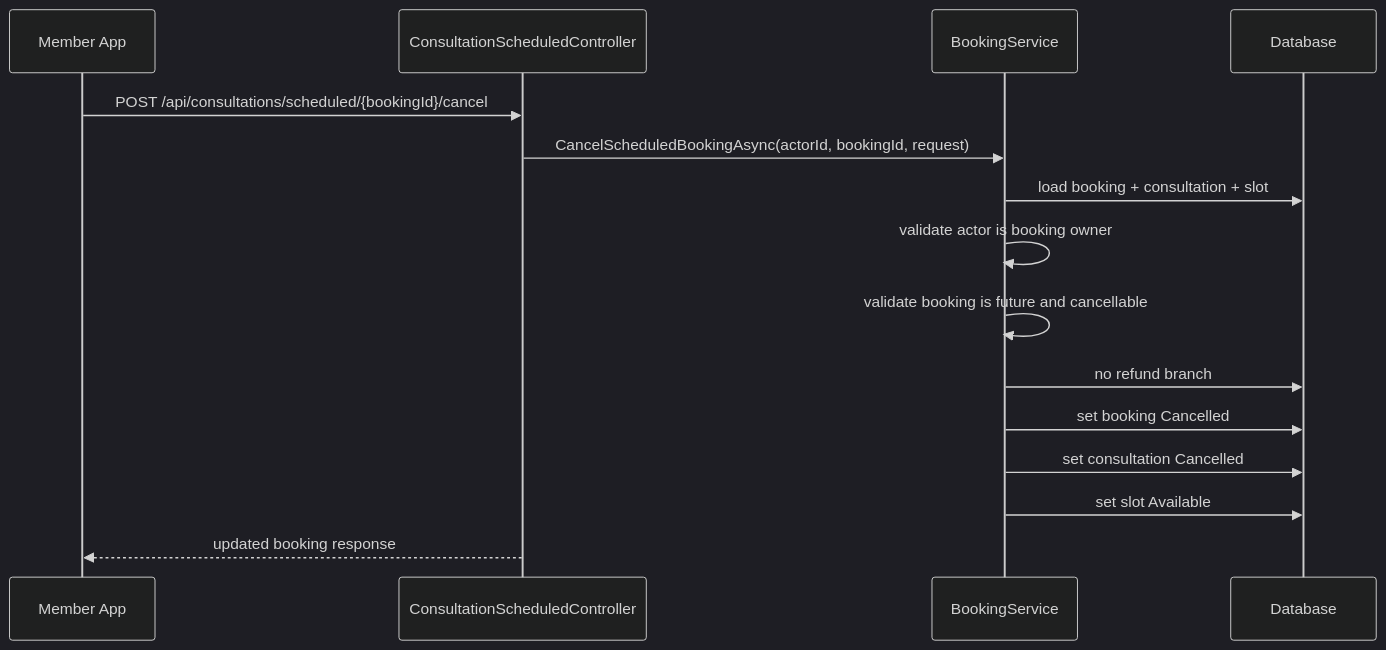
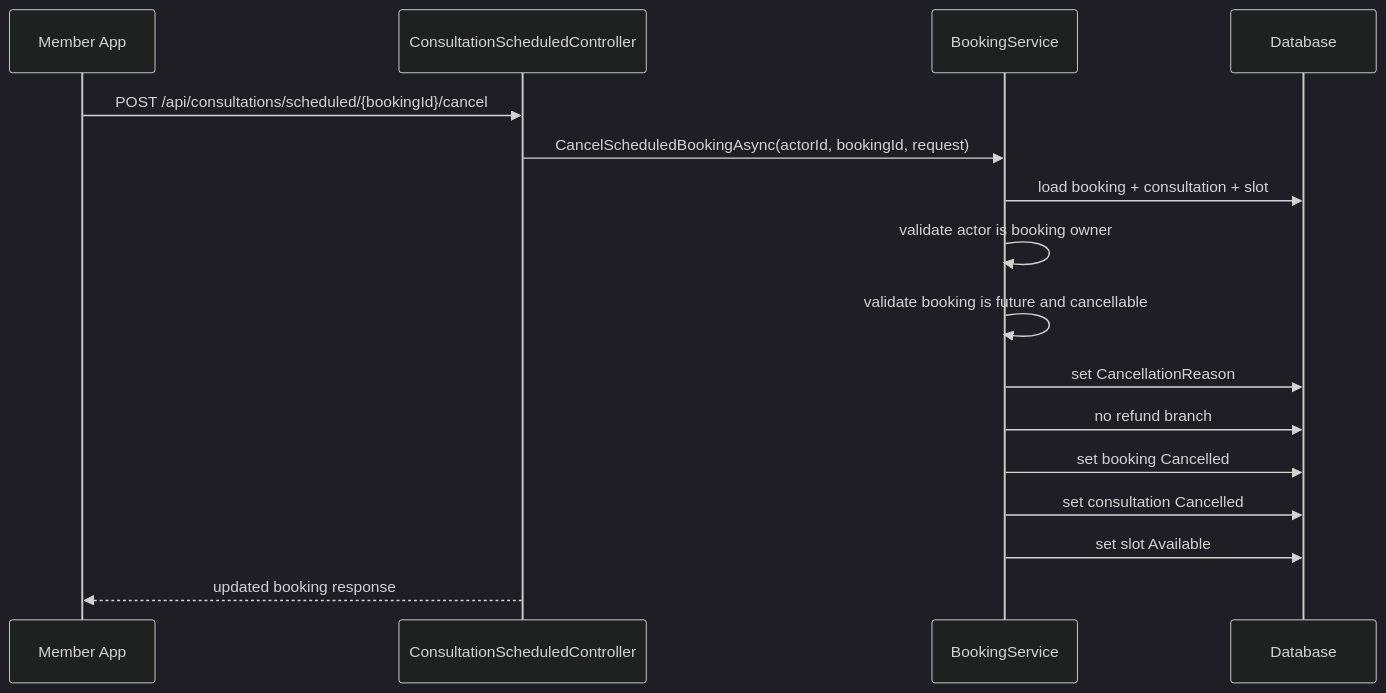
One commit to Snake-AID/SnakeAid.Docs changed the fifth of 5 diagrams in Docs/05-Backend/02-layers/scheduled-booking-cancel/scheduled-booking-cancel.sourcecode.md. Above: the diagram before and after it, drawn with Mermaid (dark theme). The commit also changed other lines of this file and 3 other files, not shown here.

First line of the commit message:
docs(scheduled-booking-cancel): lock cancellation reason and status decisions

````diff
--- a/Docs/05-Backend/02-layers/scheduled-booking-cancel/scheduled-booking-cancel.sourcecode.md
+++ b/Docs/05-Backend/02-layers/scheduled-booking-cancel/scheduled-booking-cancel.sourcecode.md
@@ -272,18 +294,19 @@
 ```mermaid
 sequenceDiagram
     participant Member as Member App
     participant Api as ConsultationScheduledController
     participant Booking as BookingService
     participant DB as Database
 
     Member->>Api: POST /api/consultations/scheduled/{bookingId}/cancel
     Api->>Booking: CancelScheduledBookingAsync(actorId, bookingId, request)
     Booking->>DB: load booking + consultation + slot
     Booking->>Booking: validate actor is booking owner
     Booking->>Booking: validate booking is future and cancellable
+    Booking->>DB: set CancellationReason
     Booking->>DB: no refund branch
     Booking->>DB: set booking Cancelled
     Booking->>DB: set consultation Cancelled
     Booking->>DB: set slot Available
     Api-->>Member: updated booking response
 ```
````
